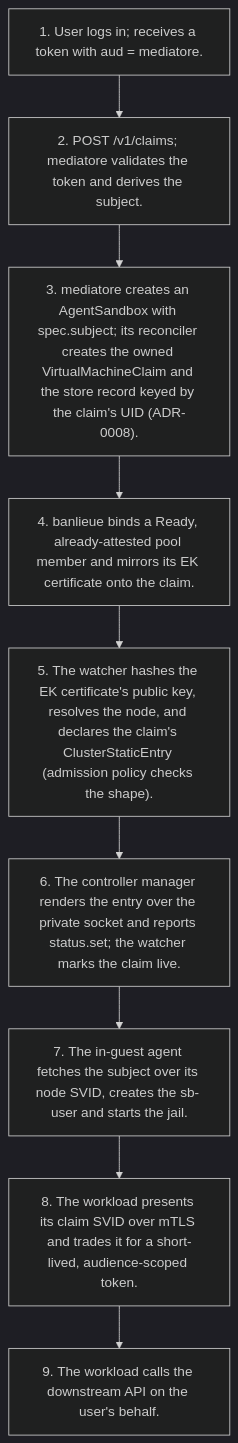
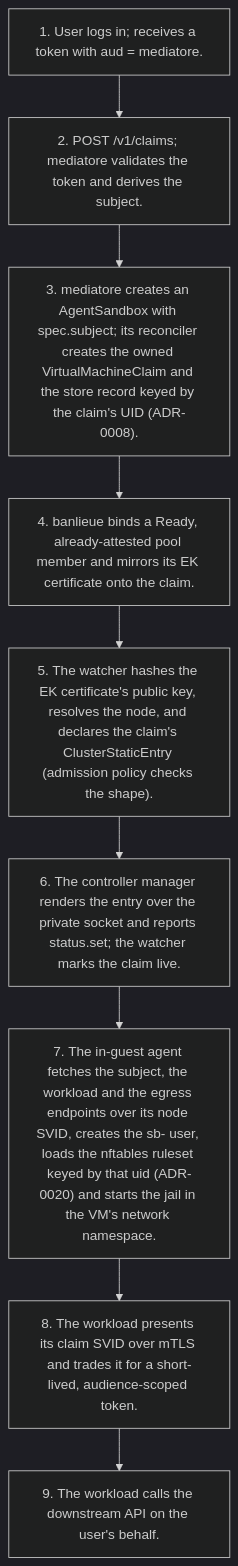
One commit to firestoned/mediatore changed the first of 3 diagrams in docs/architecture/diagrams/flows.md. Above: the diagram before and after it, drawn with Mermaid (dark theme). The commit also changed 29 other files, not shown here.

````diff
--- a/docs/architecture/diagrams/flows.md
+++ b/docs/architecture/diagrams/flows.md
@@ -29,13 +29,13 @@
 ```mermaid
 flowchart TD
     t1["1. User logs in; receives a token with aud = mediatore."]
     t2["2. POST /v1/claims; mediatore validates the token and derives the subject."]
     t3["3. mediatore creates an AgentSandbox with spec.subject; its reconciler creates the owned VirtualMachineClaim and the store record keyed by the claim's UID (ADR-0008)."]
     t4["4. banlieue binds a Ready, already-attested pool member and mirrors its EK certificate onto the claim."]
     t5["5. The watcher hashes the EK certificate's public key, resolves the node, and declares the claim's ClusterStaticEntry (admission policy checks the shape)."]
     t6["6. The controller manager renders the entry over the private socket and reports status.set; the watcher marks the claim live."]
-    t7["7. The in-guest agent fetches the subject over its node SVID, creates the sb- user and starts the jail."]
+    t7["7. The in-guest agent fetches the subject, the workload and the egress endpoints over its node SVID, creates the sb- user, loads the nftables ruleset keyed by that uid (ADR-0020) and starts the jail in the VM's network namespace."]
     t8["8. The workload presents its claim SVID over mTLS and trades it for a short-lived, audience-scoped token."]
     t9["9. The workload calls the downstream API on the user's behalf."]
     t1 --> t2 --> t3 --> t4 --> t5 --> t6 --> t7 --> t8 --> t9
 ```
````
